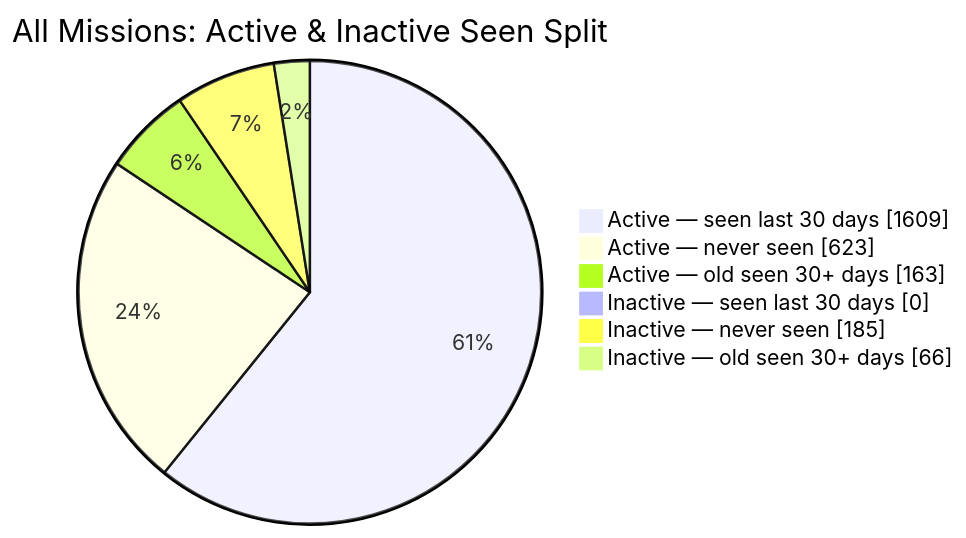
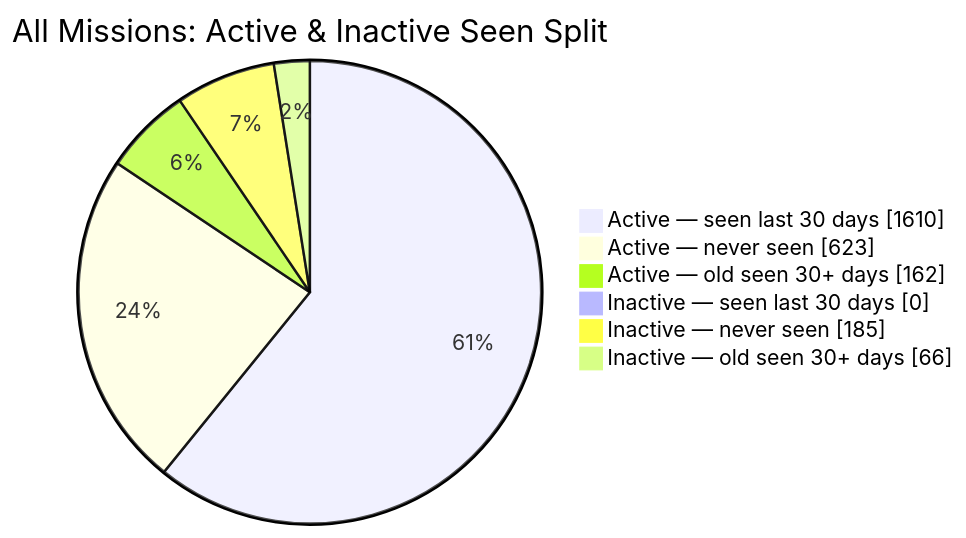
Before and after one commit to MeldkamerspelGameTeam/active-missions: the second of 2 diagrams in README.md, drawn with Mermaid. The commit also changed other lines of this file and 2 other files, not shown here.

````diff
--- a/README.md
+++ b/README.md
@@ -44,10 +44,10 @@
 ```mermaid
 pie showData
     title All Missions: Active & Inactive Seen Split
-    "Active — seen last 30 days" : 1609
+    "Active — seen last 30 days" : 1610
     "Active — never seen" : 623
-    "Active — old seen 30+ days" : 163
+    "Active — old seen 30+ days" : 162
     "Inactive — seen last 30 days" : 0
     "Inactive — never seen" : 185
     "Inactive — old seen 30+ days" : 66
 ```
````
